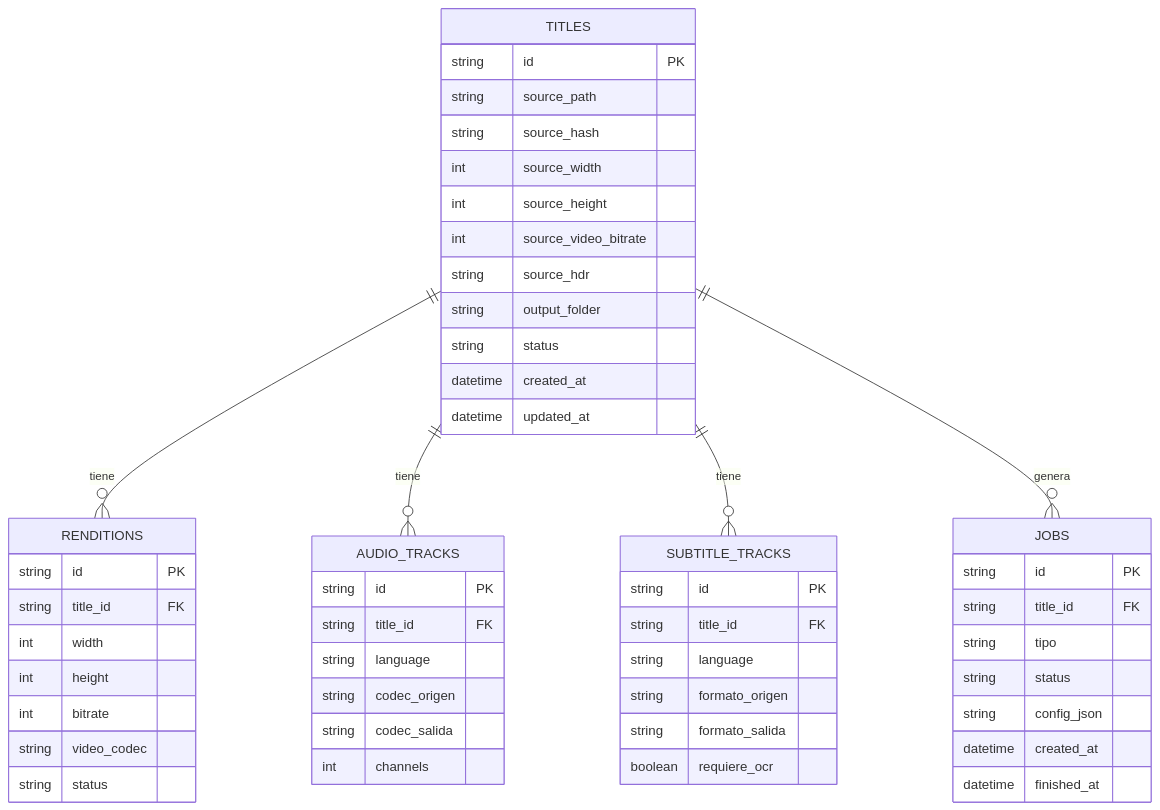
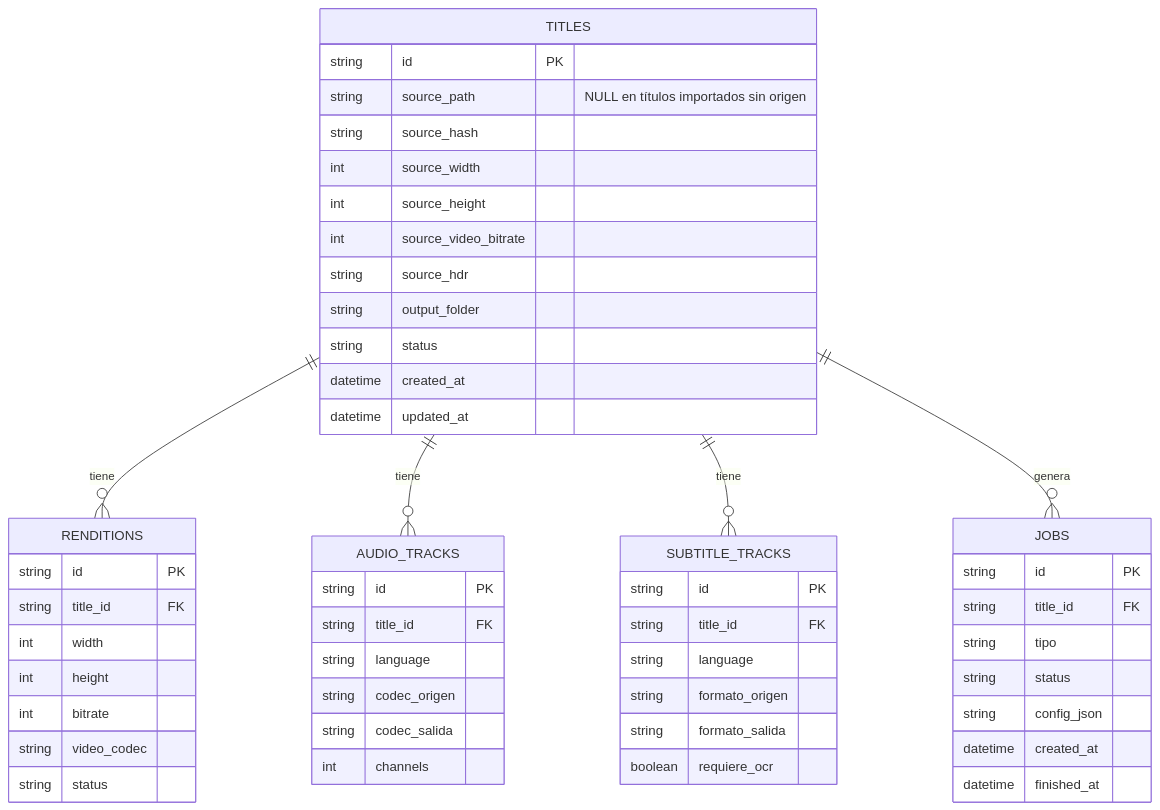
One commit to RenatoLetelier/LocalProcessor changed the second of 4 diagrams in docs/documentacion-tecnica.md. Above: the diagram before and after it, drawn with Mermaid. The commit also changed other lines of this file and 28 other files, not shown here.

First line of the commit message:
Importar títulos desde la carpeta de salida y vincular archivo de origen

````diff
--- a/docs/documentacion-tecnica.md
+++ b/docs/documentacion-tecnica.md
@@ -53,59 +53,59 @@
 ```mermaid
 erDiagram
     TITLES ||--o{ RENDITIONS : tiene
     TITLES ||--o{ AUDIO_TRACKS : tiene
     TITLES ||--o{ SUBTITLE_TRACKS : tiene
     TITLES ||--o{ JOBS : genera
 
     TITLES {
         string id PK
-        string source_path
+        string source_path "NULL en títulos importados sin origen"
         string source_hash
         int source_width
         int source_height
         int source_video_bitrate
         string source_hdr
         string output_folder
         string status
         datetime created_at
         datetime updated_at
     }
 
     RENDITIONS {
         string id PK
         string title_id FK
         int width
         int height
         int bitrate
         string video_codec
         string status
     }
 
     AUDIO_TRACKS {
         string id PK
         string title_id FK
         string language
         string codec_origen
         string codec_salida
         int channels
     }
 
     SUBTITLE_TRACKS {
         string id PK
         string title_id FK
         string language
         string formato_origen
         string formato_salida
         boolean requiere_ocr
     }
 
     JOBS {
         string id PK
         string title_id FK
         string tipo
         string status
         string config_json
         datetime created_at
         datetime finished_at
     }
 ```
````
